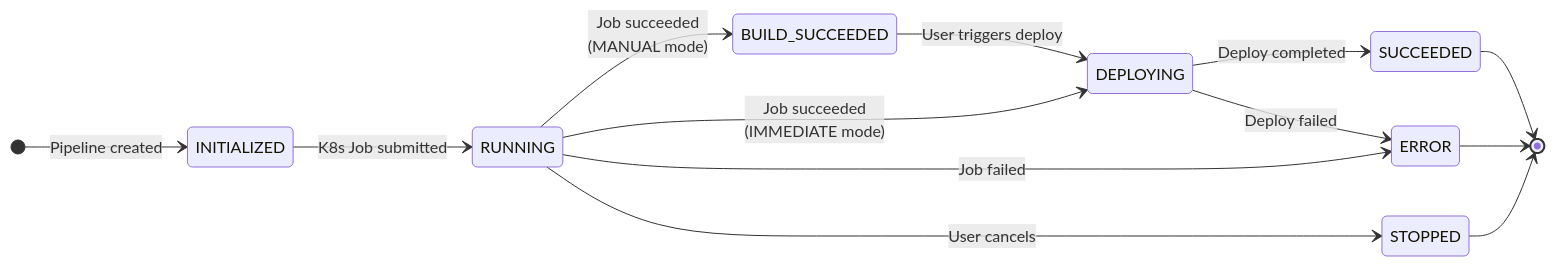
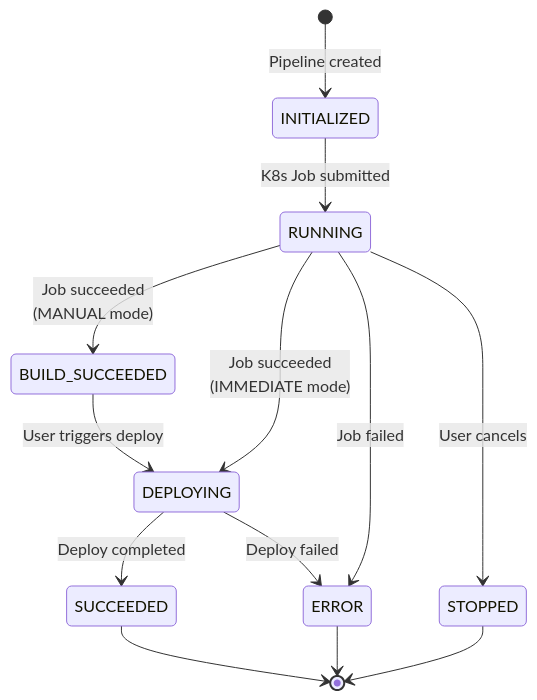
The second of 2 diagrams in README.md (wellCh4n/oops), drawn with Mermaid before and after one commit. The commit also changed other lines of this file and 1 other file, not shown here.

Commit message:
docs: switch mermaid diagrams to top-down layout

````diff
--- a/README.md
+++ b/README.md
@@ -124,20 +124,20 @@
 ```mermaid
 stateDiagram-v2
-    direction LR
+    direction TB
     [*] --> INITIALIZED: Pipeline created
     INITIALIZED --> RUNNING: K8s Job submitted
 
     RUNNING --> BUILD_SUCCEEDED: Job succeeded<br/>(MANUAL mode)
     RUNNING --> DEPLOYING: Job succeeded<br/>(IMMEDIATE mode)
     RUNNING --> ERROR: Job failed
     RUNNING --> STOPPED: User cancels
 
     BUILD_SUCCEEDED --> DEPLOYING: User triggers deploy
 
     DEPLOYING --> SUCCEEDED: Deploy completed
     DEPLOYING --> ERROR: Deploy failed
 
     SUCCEEDED --> [*]
     ERROR --> [*]
     STOPPED --> [*]
 ```
````
